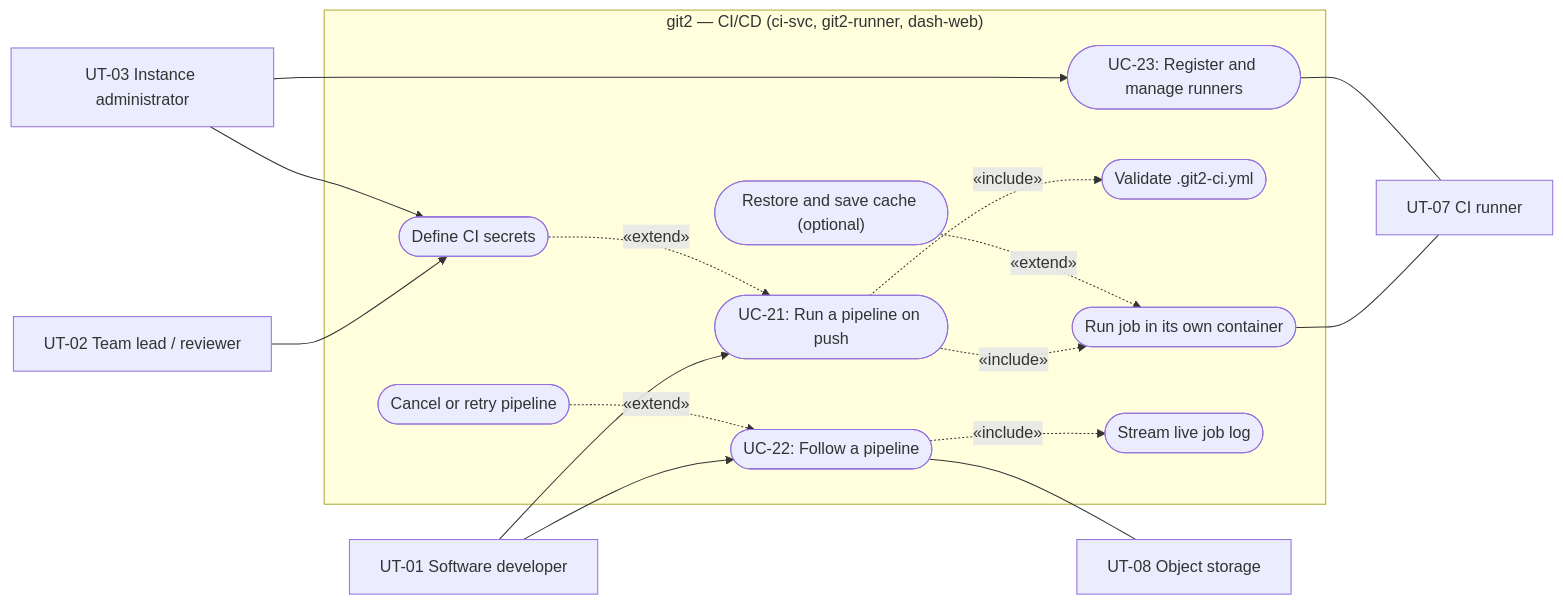
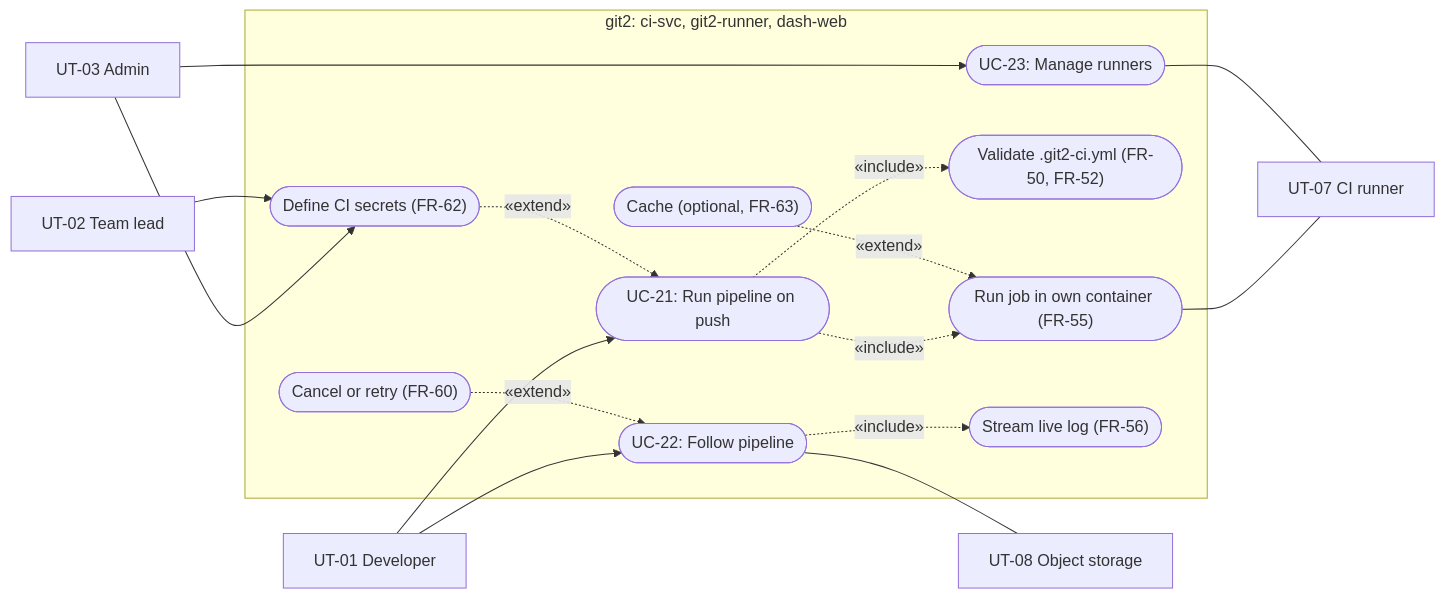
The seventh of 13 diagrams in docs/project_docs/to_customer/RequirementsSpecification.md (git2-project/git2), drawn with Mermaid before and after one commit. The commit also changed other lines of this file, not shown here.

First line of the commit message:
docs(req-spec): bring the reviewed Spec from PR #33 to dev/main

````diff
--- a/docs/project_docs/to_customer/RequirementsSpecification.md
+++ b/docs/project_docs/to_customer/RequirementsSpecification.md
@@ -806,35 +660,33 @@
 ```mermaid
 flowchart LR
-    Dev["UT-01 Software developer"]
-    Lead["UT-02 Team lead / reviewer"]
-    Admin["UT-03 Instance administrator"]
+    Dev["UT-01 Developer"]
+    Lead["UT-02 Team lead"]
+    Admin["UT-03 Admin"]
     Runner["UT-07 CI runner"]
     Store["UT-08 Object storage"]
 
-    subgraph System["git2 — CI/CD (ci-svc, git2-runner, dash-web)"]
-        UC21(["UC-21: Run a pipeline on push"])
-        UC22(["UC-22: Follow a pipeline"])
-        UC23(["UC-23: Register and manage runners"])
-        Validate(["Validate .git2-ci.yml"])
-        RunJob(["Run job in its own container"])
-        Secrets(["Define CI secrets"])
-        Cache(["Restore and save cache (optional)"])
-        Live(["Stream live job log"])
-        Retry(["Cancel or retry pipeline"])
+    subgraph System["git2: ci-svc, git2-runner, dash-web"]
+        UC21(["UC-21: Run pipeline on push"])
+        UC22(["UC-22: Follow pipeline"])
+        UC23(["UC-23: Manage runners"])
+        Validate(["Validate .git2-ci.yml (FR-50, FR-52)"])
+        RunJob(["Run job in own container (FR-55)"])
+        Secrets(["Define CI secrets (FR-62)"])
+        Cache(["Cache (optional, FR-63)"])
+        Live(["Stream live log (FR-56)"])
+        Retry(["Cancel or retry (FR-60)"])
     end
 
-    Dev --> UC21
-    Dev --> UC22
-    Admin --> UC23
+    Dev --> UC21 & UC22
+    Admin --> UC23 & Secrets
     Lead --> Secrets
-    Admin --> Secrets
     UC21 -.->|«include»| Validate
     UC21 -.->|«include»| RunJob
     Cache -.->|«extend»| RunJob
     Secrets -.->|«extend»| UC21
     UC22 -.->|«include»| Live
     Retry -.->|«extend»| UC22
     RunJob --- Runner
     UC23 --- Runner
     UC22 --- Store
 ```
````
